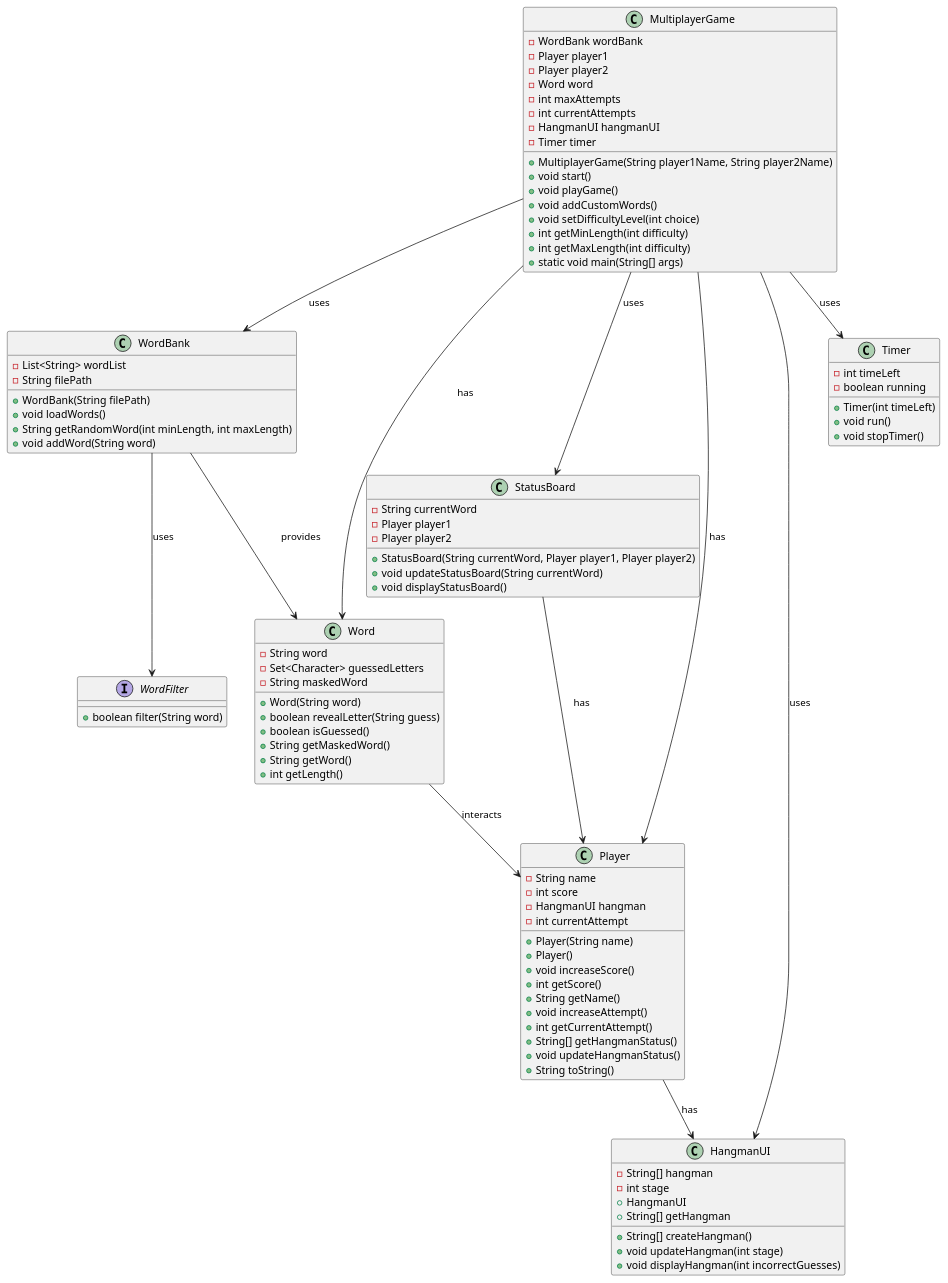
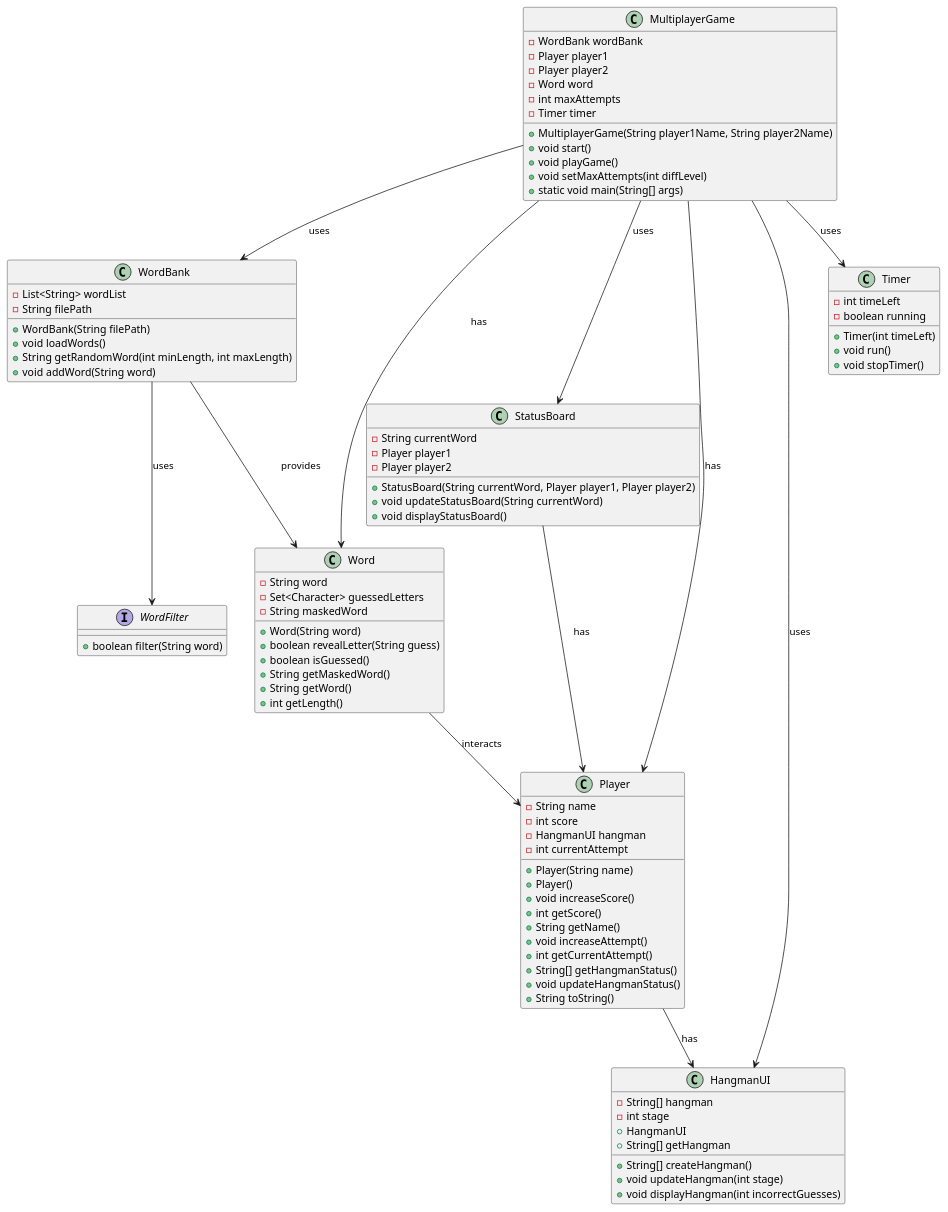
The diagram in ClassDiagram.puml (dci-fbw-j-24-e02/The-Competition-Project1), drawn with PlantUML before and after one commit. The commit also changed 2 other files, not shown here.

```diff
--- a/ClassDiagram.puml
+++ b/ClassDiagram.puml
@@ -1,103 +1,98 @@
 @startuml
 
 class WordBank {
     - List<String> wordList
     - String filePath
     + WordBank(String filePath)
     + void loadWords()
     + String getRandomWord(int minLength, int maxLength)
     + void addWord(String word)
 }
 
 interface WordFilter{
     + boolean filter(String word)
 }
 
 class Player {
     - String name
     - int score
     - HangmanUI hangman
     - int currentAttempt
     + Player(String name)
     + Player()
     + void increaseScore()
     + int getScore()
     + String getName()
     + void increaseAttempt()
     + int getCurrentAttempt()
     + String[] getHangmanStatus()
     + void updateHangmanStatus()
     + String toString()
 }
 
 class Word {
     - String word
     - Set<Character> guessedLetters
     - String maskedWord
     + Word(String word)
     + boolean revealLetter(String guess)
     + boolean isGuessed()
     + String getMaskedWord()
     + String getWord()
     + int getLength()
 }
 class StatusBoard {
     - String currentWord
     - Player player1
     - Player player2
     + StatusBoard(String currentWord, Player player1, Player player2)
     + void updateStatusBoard(String currentWord)
     + void displayStatusBoard()
 }
 
 class HangmanUI {
     - String[] hangman
     - int stage
     + HangmanUI
     + String[] createHangman()
     + void updateHangman(int stage)
     + void displayHangman(int incorrectGuesses)
     + String[] getHangman
 }
 
 class Timer {
     - int timeLeft
     - boolean running
     + Timer(int timeLeft)
     + void run()
     + void stopTimer()
 }
 
 class MultiplayerGame {
     - WordBank wordBank
     - Player player1
     - Player player2
     - Word word
     - int maxAttempts
-    - int currentAttempts
-    - HangmanUI hangmanUI
     - Timer timer
     + MultiplayerGame(String player1Name, String player2Name)
     + void start()
     + void playGame()
-    + void addCustomWords()
-    + void setDifficultyLevel(int choice)
-    + int getMinLength(int difficulty)
-    + int getMaxLength(int difficulty)
+    + void setMaxAttempts(int diffLevel)
     + static void main(String[] args)
 }
 
 MultiplayerGame --> WordBank : uses
 MultiplayerGame --> Player : has
 MultiplayerGame --> Word : has
 MultiplayerGame --> HangmanUI : uses
 MultiplayerGame --> Timer : uses
 WordBank --> WordFilter : uses
 WordBank --> Word : provides
 Word --> Player : interacts
 MultiplayerGame --> StatusBoard : uses
 StatusBoard --> Player : has
 Player --> HangmanUI : has
 
 
 @enduml
```
